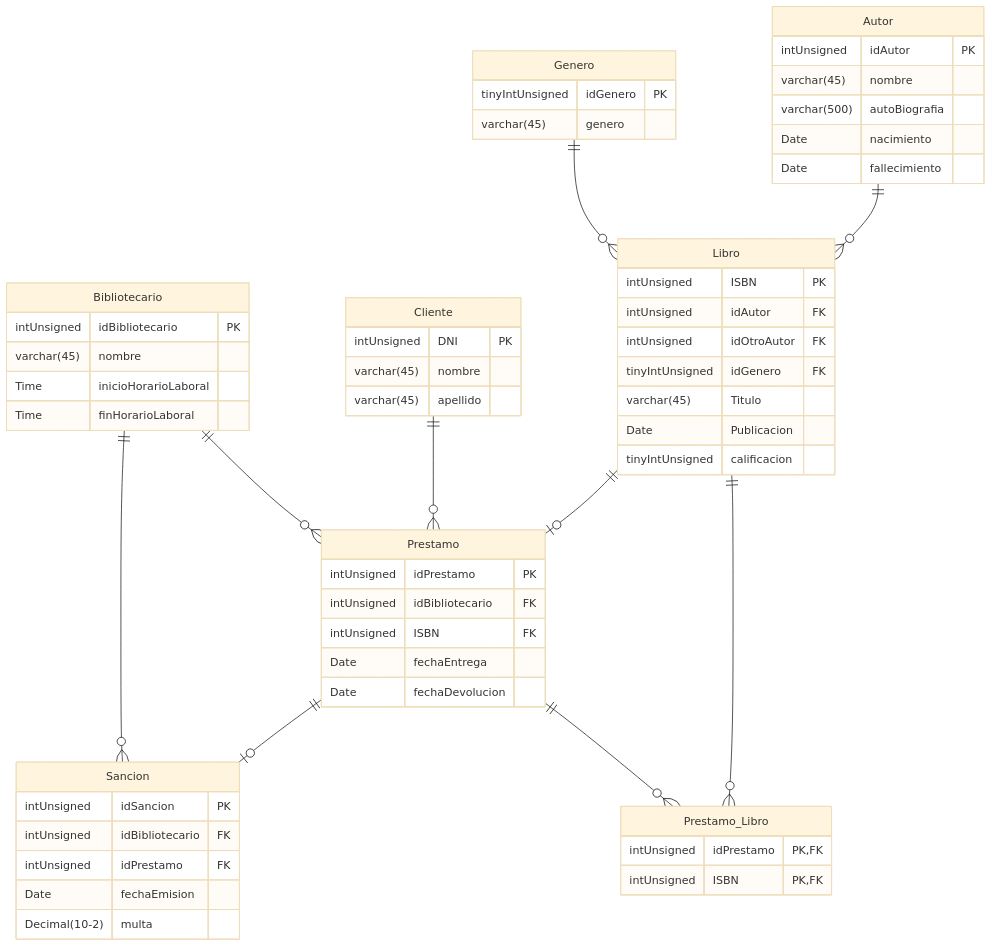
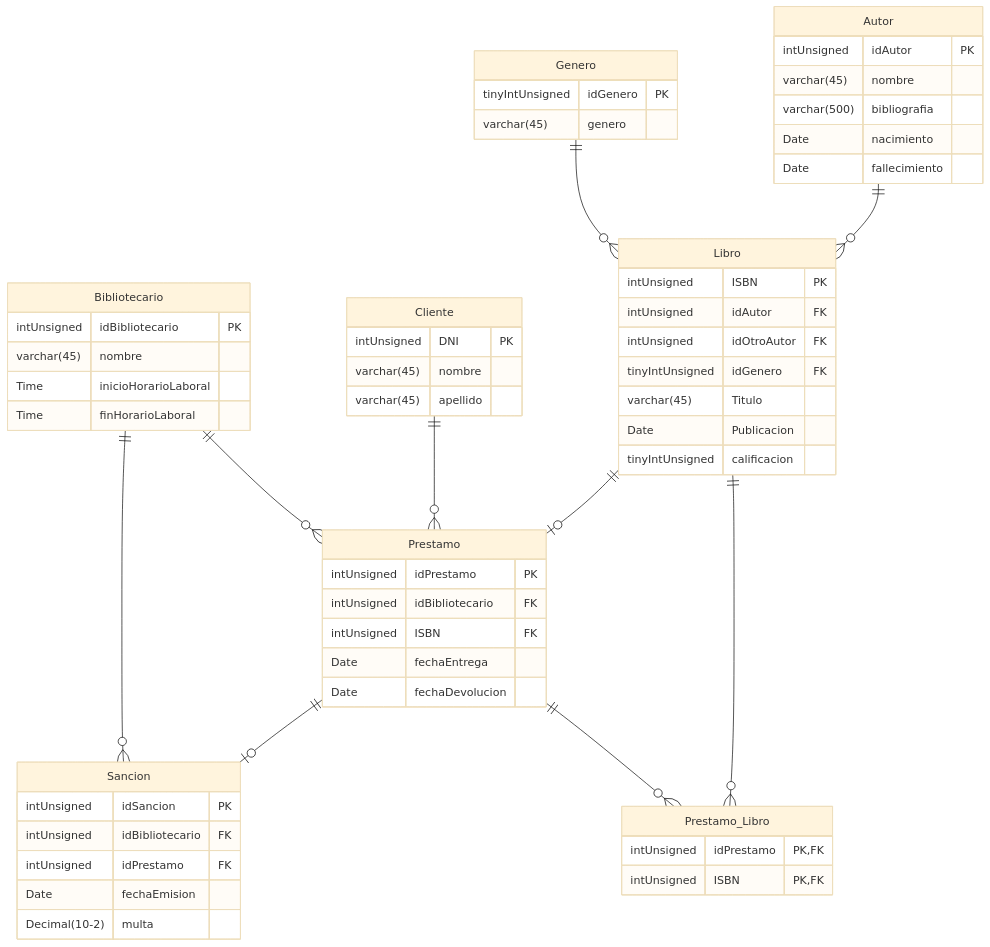
One commit to PasandiLuka/BD-Biblioteca changed the diagram in README.md. Above: the diagram before and after it, drawn with Mermaid (base theme). The commit also changed other lines of this file, not shown here.

````diff
--- a/README.md
+++ b/README.md
@@ -16,74 +16,73 @@
 ```mermaid
 erDiagram
 Genero{
     tinyIntUnsigned idGenero PK
     varchar(45) genero
 }
 
 
 Bibliotecario{
     intUnsigned idBibliotecario PK
     varchar(45) nombre
     Time inicioHorarioLaboral
     Time finHorarioLaboral
 }
 
 
 Autor{
     intUnsigned idAutor PK
     varchar(45) nombre
-    varchar(500) autoBiografia
+    varchar(500) bibliografia
     Date nacimiento
     Date fallecimiento
 }
 
 Cliente{
     intUnsigned DNI PK
     varchar(45) nombre
     varchar(45) apellido
 }
 
 Libro{
     intUnsigned ISBN PK
     intUnsigned idAutor FK
     intUnsigned idOtroAutor FK
     tinyIntUnsigned idGenero FK
     varchar(45) Titulo
     Date Publicacion
     tinyIntUnsigned calificacion
 }
 
 
 Sancion{
     intUnsigned idSancion PK
     intUnsigned idBibliotecario FK
     intUnsigned idPrestamo FK
     Date fechaEmision
     Decimal(10-2) multa    
 }
 
 Prestamo{
     intUnsigned idPrestamo PK
     intUnsigned idBibliotecario FK
     intUnsigned ISBN FK
     Date fechaEntrega
     Date fechaDevolucion
 }
 
 Prestamo_Libro{
     intUnsigned idPrestamo PK, FK
     intUnsigned ISBN PK, FK
 }
 
 Genero||--o{Libro:""
 Bibliotecario||--o{Sancion:""
 Bibliotecario||--o{Prestamo:""
 Libro||--o|Prestamo:""
 Cliente||--o{Prestamo:""
 Prestamo||--o|Sancion:""
 Libro||--o{Prestamo_Libro:""
 Prestamo||--o{Prestamo_Libro:""
 Autor||--o{Libro:""
 
-
 ```
````
